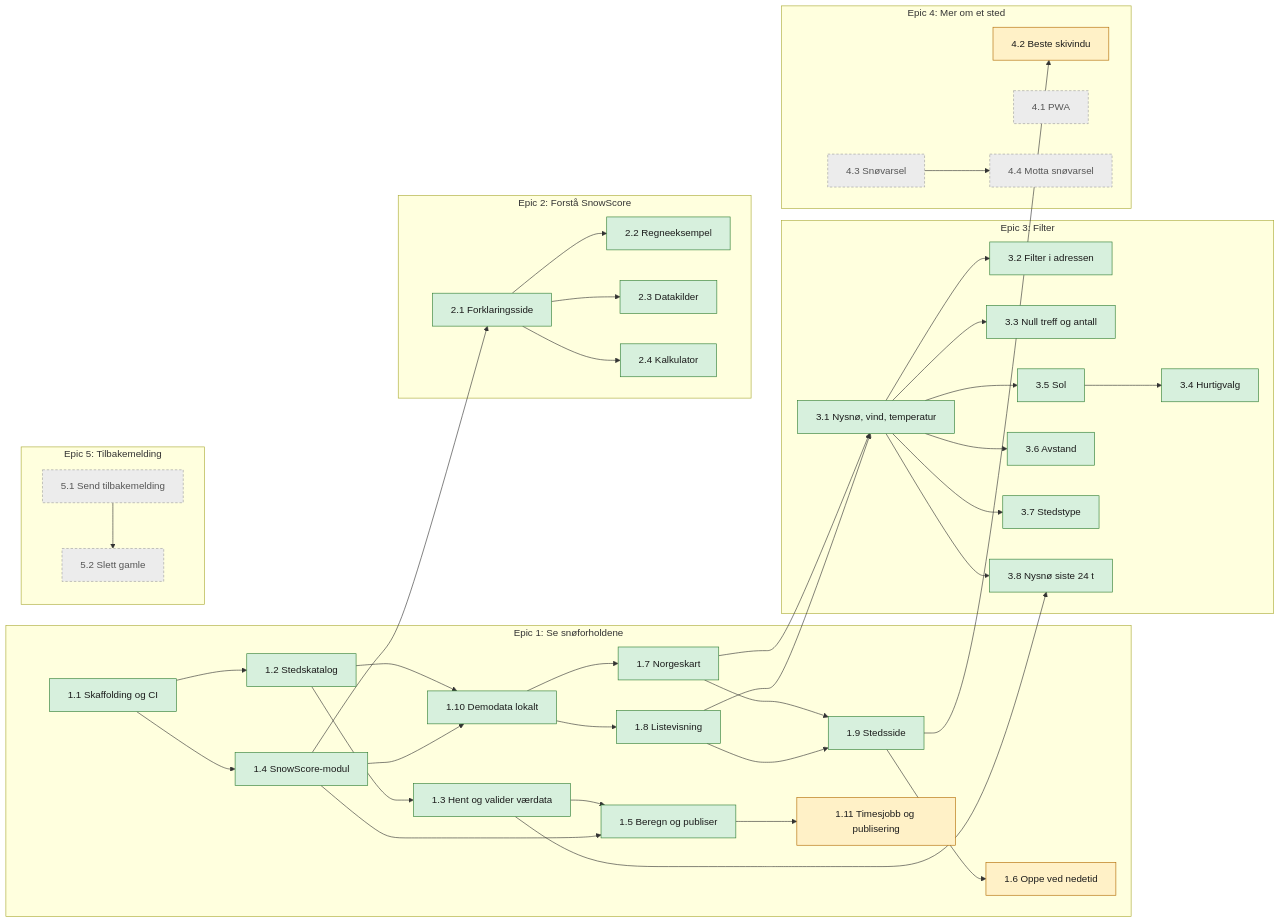
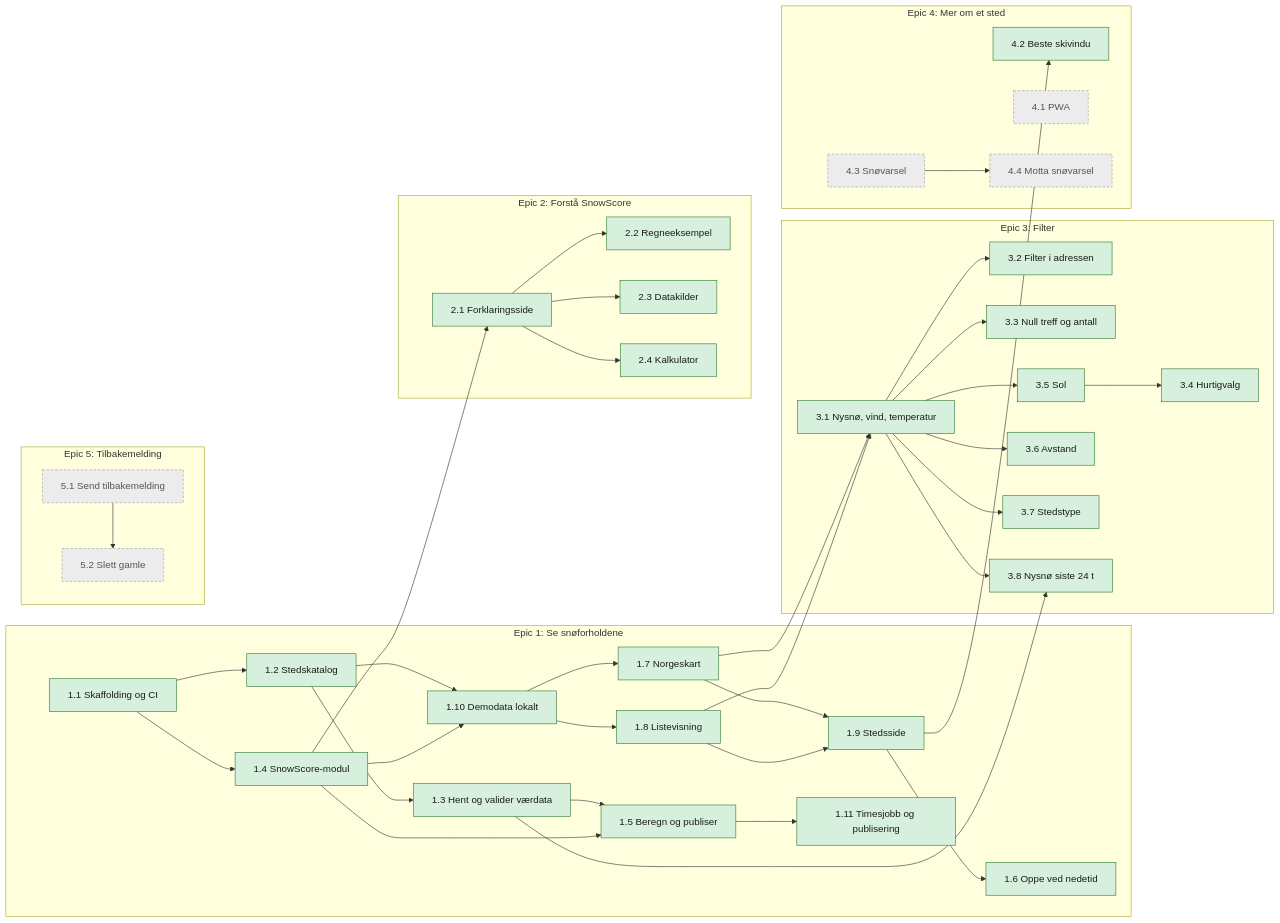
Before and after one commit to IBE160-2026/G18-bikila-dymbe-gela-james: the second of 2 diagrams in project-phase-folders/3-Gjennomføringsfasen/aktivitetsdiagram.md, drawn with Mermaid. The commit also changed other lines of this file and 23 other files, not shown here.

````diff
--- a/project-phase-folders/3-Gjennomføringsfasen/aktivitetsdiagram.md
+++ b/project-phase-folders/3-Gjennomføringsfasen/aktivitetsdiagram.md
@@ -90,57 +89,56 @@
 ```mermaid
 flowchart LR
     subgraph E1["Epic 1: Se snøforholdene"]
         s1_1["1.1 Skaffolding og CI"] --> s1_2["1.2 Stedskatalog"]
         s1_1 --> s1_4["1.4 SnowScore-modul"]
         s1_2 --> s1_10["1.10 Demodata lokalt"]
         s1_4 --> s1_10
         s1_2 --> s1_3["1.3 Hent og valider værdata"]
         s1_3 --> s1_5["1.5 Beregn og publiser"]
         s1_4 --> s1_5
         s1_10 --> s1_7["1.7 Norgeskart"]
         s1_10 --> s1_8["1.8 Listevisning"]
         s1_7 --> s1_9["1.9 Stedsside"]
         s1_8 --> s1_9
         s1_5 --> s1_11["1.11 Timesjobb og publisering"]
         s1_9 --> s1_6["1.6 Oppe ved nedetid"]
     end
 
     subgraph E2["Epic 2: Forstå SnowScore"]
         s2_1["2.1 Forklaringsside"] --> s2_2["2.2 Regneeksempel"]
         s2_1 --> s2_3["2.3 Datakilder"]
         s2_1 --> s2_4["2.4 Kalkulator"]
     end
 
     subgraph E3["Epic 3: Filter"]
         s3_1["3.1 Nysnø, vind, temperatur"] --> s3_2["3.2 Filter i adressen"]
         s3_1 --> s3_3["3.3 Null treff og antall"]
         s3_1 --> s3_5["3.5 Sol"]
         s3_5 --> s3_4["3.4 Hurtigvalg"]
         s3_1 --> s3_6["3.6 Avstand"]
         s3_1 --> s3_7["3.7 Stedstype"]
         s3_1 --> s3_8["3.8 Nysnø siste 24 t"]
     end
 
     subgraph E4["Epic 4: Mer om et sted"]
         s4_2["4.2 Beste skivindu"]
         s4_1["4.1 PWA"]
         s4_3["4.3 Snøvarsel"] --> s4_4["4.4 Motta snøvarsel"]
     end
 
     subgraph E5["Epic 5: Tilbakemelding"]
         s5_1["5.1 Send tilbakemelding"] --> s5_2["5.2 Slett gamle"]
     end
 
     s1_4 --> s2_1
     s1_7 --> s3_1
     s1_8 --> s3_1
     s1_3 --> s3_8
     s1_9 --> s4_2
 
     classDef ferdig fill:#d7f0dd,stroke:#2e7d32,color:#1b1b1b
     classDef gjenstar fill:#fff1c7,stroke:#b26a00,color:#1b1b1b
     classDef ikkev1 fill:#ececec,stroke:#9e9e9e,color:#555555,stroke-dasharray:4 3
-    class s1_1,s1_2,s1_3,s1_4,s1_5,s1_7,s1_8,s1_9,s1_10,s2_1,s2_2,s2_3,s2_4,s3_1,s3_2,s3_3,s3_4,s3_5,s3_6,s3_7,s3_8 ferdig
-    class s1_6,s1_11,s4_2 gjenstar
+    class s1_1,s1_2,s1_3,s1_4,s1_5,s1_6,s1_7,s1_8,s1_9,s1_10,s1_11,s2_1,s2_2,s2_3,s2_4,s3_1,s3_2,s3_3,s3_4,s3_5,s3_6,s3_7,s3_8,s4_2 ferdig
     class s4_1,s4_3,s4_4,s5_1,s5_2 ikkev1
 ```
````
